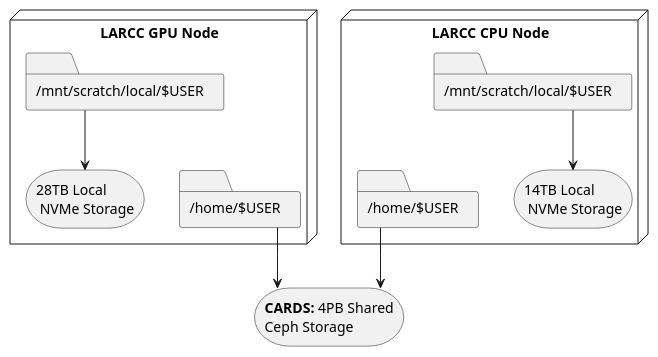
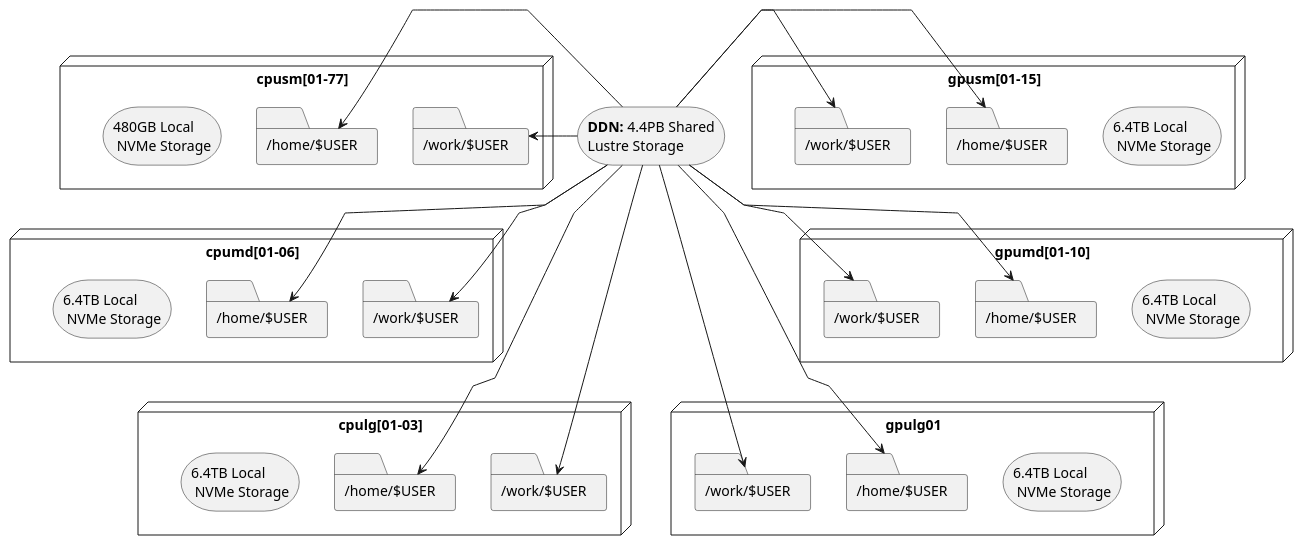
One commit to ularc/zurada changed the diagram in guides/storage/images/logical_storage_architecture.puml. Above: the diagram before and after it, drawn with PlantUML. The commit also changed 2 other files, not shown here.

Commit message:
Adding storage hierarchy depiction

```diff
--- a/guides/storage/images/logical_storage_architecture.puml
+++ b/guides/storage/images/logical_storage_architecture.puml
@@ -1,29 +1,92 @@
 @startuml
 skinparam linetype polyline
-skinparam linetype ortho
 
-storage "<b>CARDS:</b> 4PB Shared\nCeph Storage" as cards
-node "LARCC CPU Node" as cpu_node {
-  folder "/home/$USER" as cpu_home {
+storage "<b>DDN:</b> 4.4PB Shared\nLustre Storage" as ddn
+
+node "cpusm[01-77]" as cpusm {
+  folder "/home/$USER" as cpusm_home {
   }
-  folder "/mnt/scratch/local/$USER" as cpu_scratch_folder {
+  folder "/work/$USER" as cpusm_work {
   }
-  storage "14TB Local\n NVMe Storage" as cpu_scratch
+  storage "480GB Local\n NVMe Storage" as cpusm_storage
 }
 
-node "LARCC GPU Node" as gpu_node {
-  folder "/home/$USER" as gpu_home {
+cpusm_storage -[hidden]right-> cpusm_home
+cpusm_home -[hidden]right-> cpusm_work
+
+node "cpumd[01-06]" as cpumd {
+  folder "/home/$USER" as cpumd_home {
   }
-  folder "/mnt/scratch/local/$USER" as gpu_scratch_folder {
+  folder "/work/$USER" as cpumd_work {
   }
-  storage "28TB Local\n NVMe Storage" as gpu_scratch
+  storage "6.4TB Local\n NVMe Storage" as cpumd_storage
 }
-cpu_home -down-> cards
-gpu_home -down-> cards
 
-gpu_scratch_folder -down-> gpu_scratch
-cpu_scratch_folder -down-> cpu_scratch
-cpu_home -[hidden]right-> cpu_scratch
-gpu_home -[hidden]left-> gpu_scratch
+cpumd_storage -[hidden]right-> cpumd_home
+cpumd_home -[hidden]right-> cpumd_work
+
+node "cpulg[01-03]" as cpulg {
+  folder "/home/$USER" as cpulg_home {
+  }
+  folder "/work/$USER" as cpulg_work {
+  }
+  storage "6.4TB Local\n NVMe Storage" as cpulg_storage
+}
+
+cpulg_storage -[hidden]right-> cpulg_home
+cpulg_home -[hidden]right-> cpulg_work
+
+node "gpusm[01-15]" as gpusm {
+  folder "/home/$USER" as gpusm_home {
+  }
+  folder "/work/$USER" as gpusm_work {
+  }
+  storage "6.4TB Local\n NVMe Storage" as gpusm_storage
+}
+
+gpusm_work -[hidden]right-> gpusm_home
+gpusm_home -[hidden]right-> gpusm_storage
+
+node "gpumd[01-10]" as gpumd {
+  folder "/home/$USER" as gpumd_home {
+  }
+  folder "/work/$USER" as gpumd_work {
+  }
+  storage "6.4TB Local\n NVMe Storage" as gpumd_storage
+}
+
+gpumd_work -[hidden]right-> gpumd_home
+gpumd_home -[hidden]right-> gpumd_storage
+
+node "gpulg01" as gpulg {
+  folder "/home/$USER" as gpulg_home {
+  }
+  folder "/work/$USER" as gpulg_work {
+  }
+  storage "6.4TB Local\n NVMe Storage" as gpulg_storage
+}
+
+gpulg_work -[hidden]right-> gpulg_home
+gpulg_home -[hidden]right-> gpulg_storage
+
+cpusm -[hidden]down-> cpumd
+cpumd -[hidden]down-> cpulg
+
+gpusm -[hidden]down-> gpumd
+gpumd -[hidden]down-> gpulg
+
+ddn -> cpusm_work
+ddn -> cpumd_work
+ddn -> cpulg_work
+ddn -> cpusm_home
+ddn -> cpumd_home
+ddn -> cpulg_home
+
+ddn -> gpusm_work
+ddn -> gpumd_work
+ddn -> gpulg_work
+ddn -> gpusm_home
+ddn -> gpumd_home
+ddn -> gpulg_home
 
 @enduml
```
